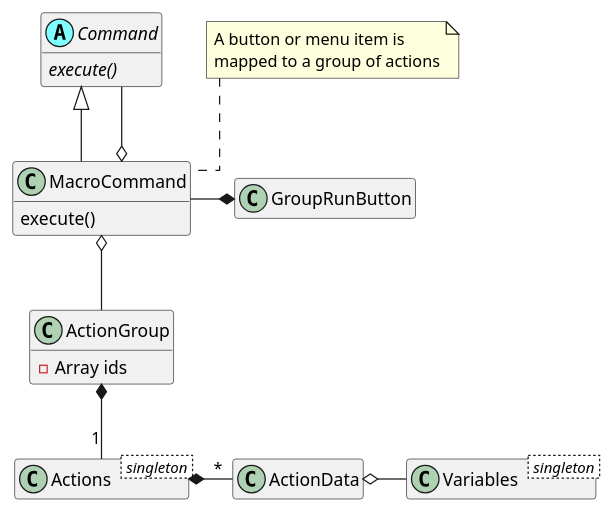
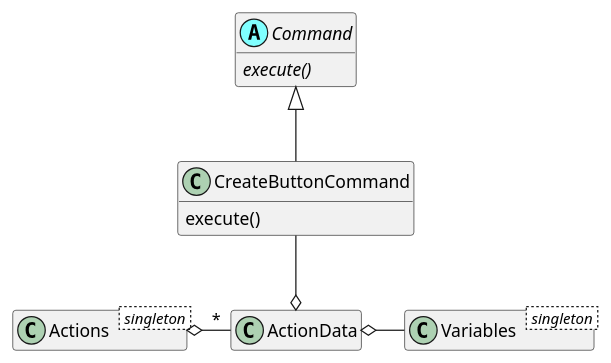
One commit to MARTIMM/SessionManager changed the second of 5 diagrams in doc/dispatcher.md. Above: the diagram before and after it, drawn with PlantUML. The commit also changed other lines of this file, not shown here.

````diff
--- a/doc/dispatcher.md
+++ b/doc/dispatcher.md
@@ -114,45 +114,35 @@
 ```plantuml
 @startuml
 
 'scale 0.9
 
 skinparam packageStyle rectangle
 skinparam stereotypeCBackgroundColor #80ffff
 skinparam linetype ortho
 
 set namespaceSeparator ::
 hide empty members
 
 abstract class Command <<(A,#80ffff)>> {
   {abstract} execute()
 }
 
-class MacroCommand {
+class CreateButtonCommand {
   execute()
 }
 
 class Variables < singleton > { }
 
 class Actions < singleton > { }
 
-class ActionGroup {
-  - Array ids
-}
-
 class ActionData { }
 
-Actions *- "*" ActionData
+Actions o- "*" ActionData
 
-
-Command <|-- MacroCommand
-Command  --o MacroCommand
-MacroCommand  o-- ActionGroup
-note "A button or menu item is\nmapped to a group of actions" as N2
-N2 .. MacroCommand
+Command <|-- CreateButtonCommand
+ActionData o-up- CreateButtonCommand
 
 ActionData o- Variables
-MacroCommand -* GroupRunButton
 
-ActionGroup *-- "1" Actions
 @enduml
 ```
````
